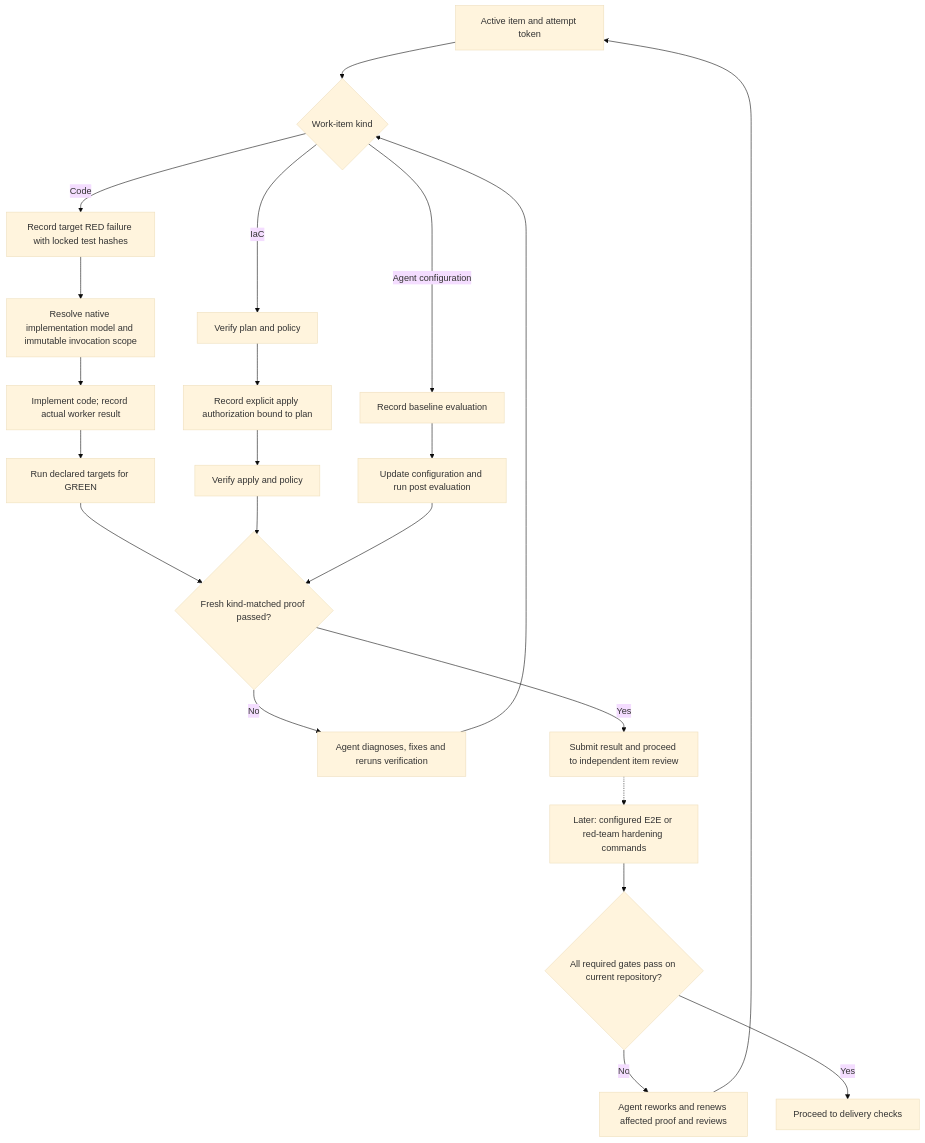
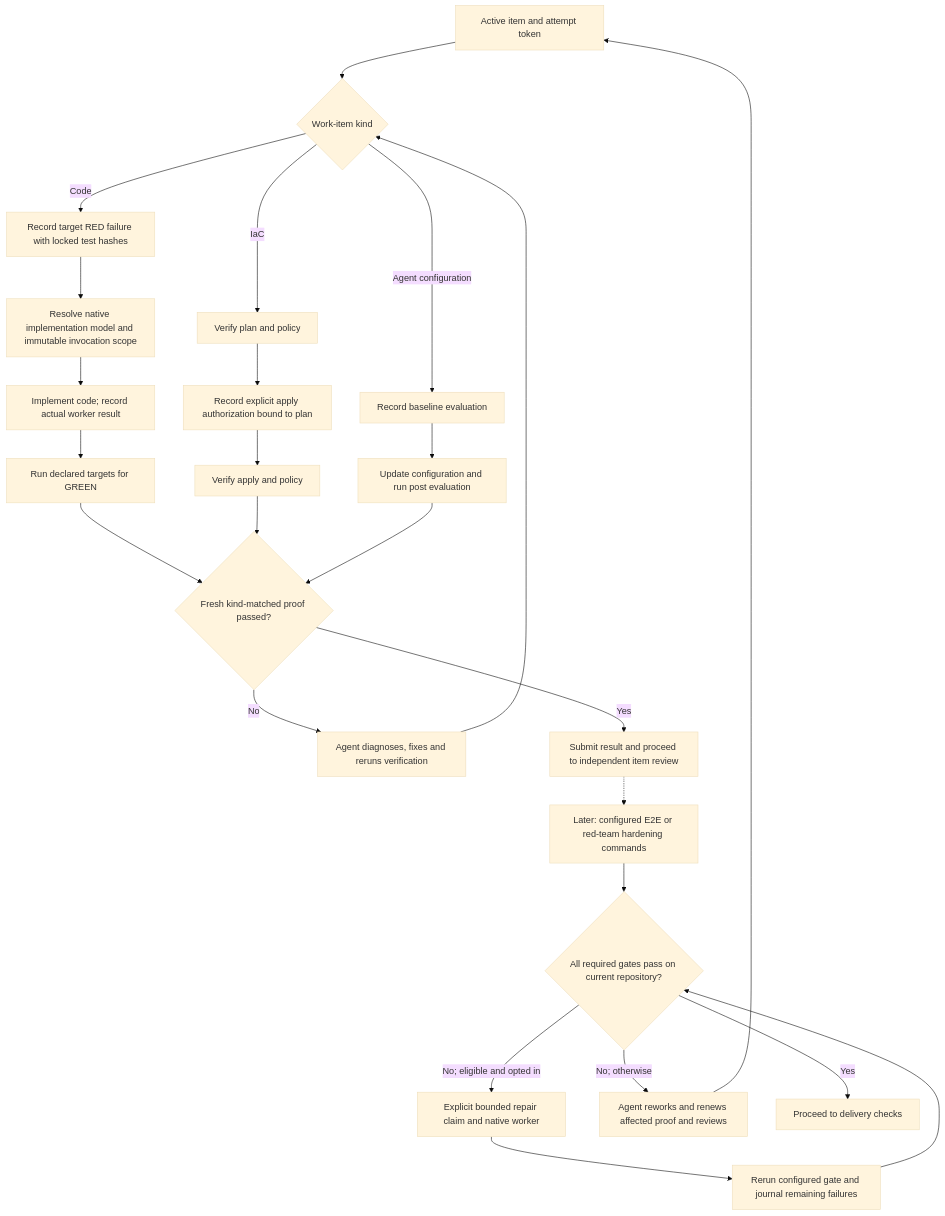
Before and after one commit to wgentil/devflow: the diagram in skills/build-work/SKILL.md, drawn with Mermaid (base theme). The commit also changed other lines of this file and 21 other files, not shown here.

Commit message:
feat: run bounded native repair cycles and enforce leases

````diff
--- a/skills/build-work/SKILL.md
+++ b/skills/build-work/SKILL.md
@@ -10,24 +10,27 @@
 ```mermaid
 flowchart TD
     Attempt["Active item and attempt token"] --> Kind{"Work-item kind"}
     Kind -->|Code| Red["Record target RED failure with locked test hashes"]
     Red --> Native["Resolve native implementation model and immutable invocation scope"]
     Native --> Code["Implement code; record actual worker result"]
     Code --> Green["Run declared targets for GREEN"]
     Kind -->|IaC| Plan["Verify plan and policy"]
     Plan --> Auth["Record explicit apply authorization bound to plan"]
     Auth --> Apply["Verify apply and policy"]
     Kind -->|Agent configuration| Baseline["Record baseline evaluation"]
     Baseline --> Config["Update configuration and run post evaluation"]
     Green --> Passed{"Fresh kind-matched proof passed?"}
     Apply --> Passed
     Config --> Passed
     Passed -->|No| Fix["Agent diagnoses, fixes and reruns verification"]
     Fix --> Kind
     Passed -->|Yes| Result["Submit result and proceed to independent item review"]
     Result -.-> Gates["Later: configured E2E or red-team hardening commands"]
     Gates --> GatePass{"All required gates pass on current repository?"}
-    GatePass -->|No| Rework["Agent reworks and renews affected proof and reviews"]
+    GatePass -->|No; eligible and opted in| Repair["Explicit bounded repair claim and native worker"]
+    Repair --> Rerun["Rerun configured gate and journal remaining failures"]
+    Rerun --> GatePass
+    GatePass -->|No; otherwise| Rework["Agent reworks and renews affected proof and reviews"]
     Rework --> Attempt
     GatePass -->|Yes| Delivery["Proceed to delivery checks"]
 ```
````
